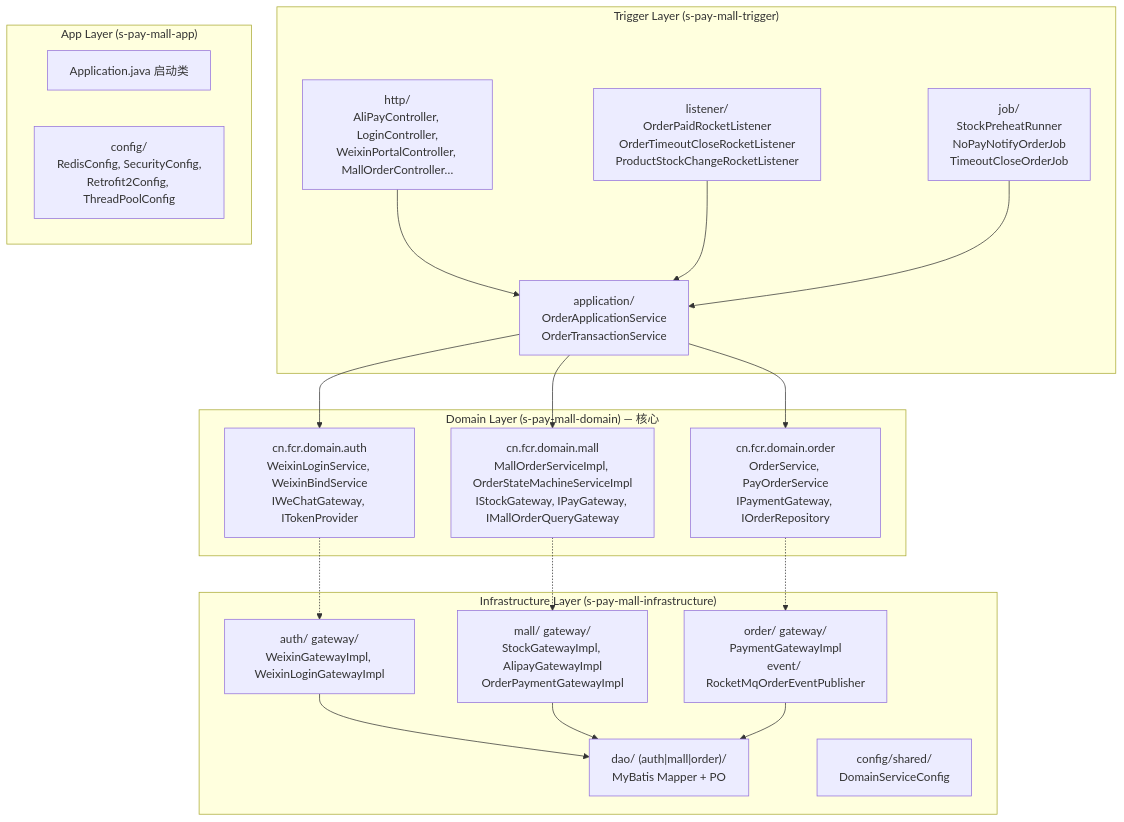
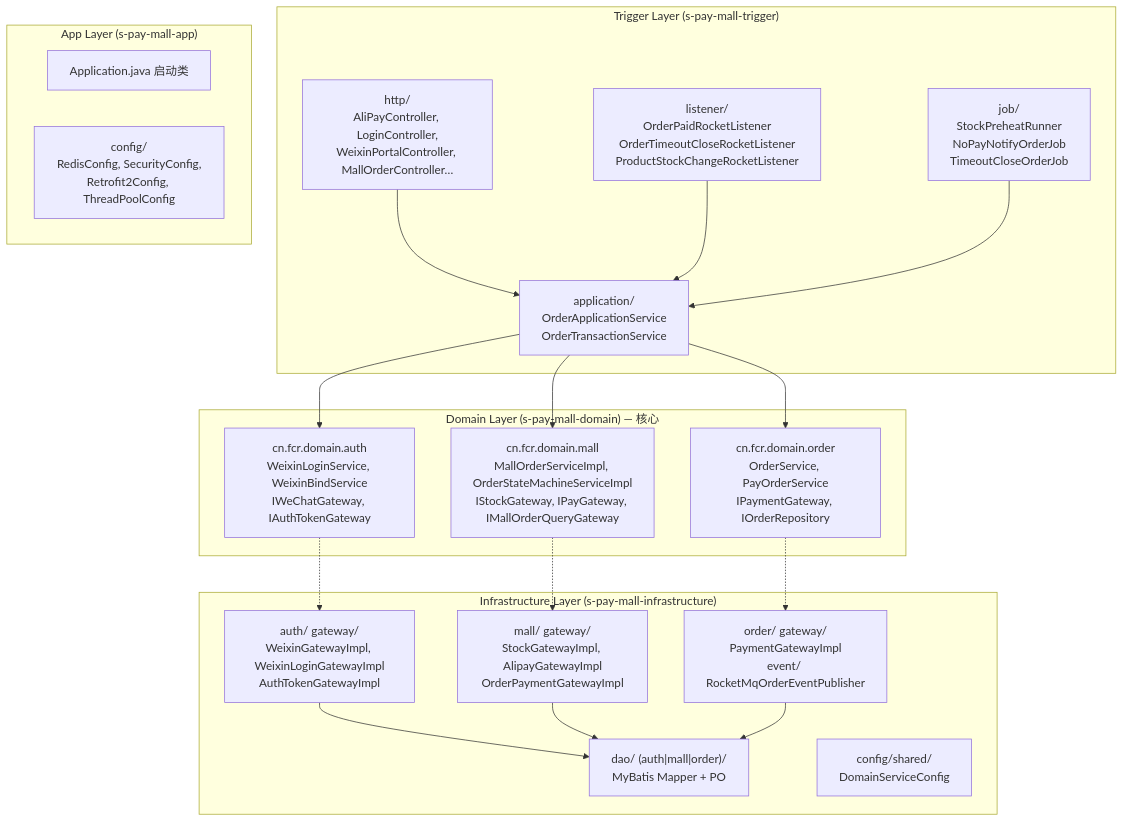
The first of 2 diagrams in docs/design/README.md (sxlva/s-pay-mall), drawn with Mermaid before and after one commit. The commit also changed 22 other files, not shown here.

````diff
--- a/docs/design/README.md
+++ b/docs/design/README.md
@@ -12,41 +12,41 @@
 ```mermaid
 flowchart TB
     subgraph Trigger["Trigger Layer (s-pay-mall-trigger)"]
         T1["http/<br/>AliPayController, LoginController,<br/>WeixinPortalController, MallOrderController…"]
         T2["listener/<br/>OrderPaidRocketListener<br/>OrderTimeoutCloseRocketListener<br/>ProductStockChangeRocketListener"]
         T3["job/<br/>StockPreheatRunner<br/>NoPayNotifyOrderJob<br/>TimeoutCloseOrderJob"]
         T4["application/<br/>OrderApplicationService<br/>OrderTransactionService"]
     end
 
     subgraph App["App Layer (s-pay-mall-app)"]
         A1["Application.java 启动类"]
         A2["config/<br/>RedisConfig, SecurityConfig,<br/>Retrofit2Config, ThreadPoolConfig"]
     end
 
     subgraph Domain["Domain Layer (s-pay-mall-domain) — 核心"]
-        D1["cn.fcr.domain.auth<br/>WeixinLoginService, WeixinBindService<br/>IWeChatGateway, ITokenProvider"]
+        D1["cn.fcr.domain.auth<br/>WeixinLoginService, WeixinBindService<br/>IWeChatGateway, IAuthTokenGateway"]
         D2["cn.fcr.domain.mall<br/>MallOrderServiceImpl, OrderStateMachineServiceImpl<br/>IStockGateway, IPayGateway, IMallOrderQueryGateway"]
         D3["cn.fcr.domain.order<br/>OrderService, PayOrderService<br/>IPaymentGateway, IOrderRepository"]
     end
 
     subgraph Infra["Infrastructure Layer (s-pay-mall-infrastructure)"]
-        I1["auth/ gateway/<br/>WeixinGatewayImpl, WeixinLoginGatewayImpl"]
+        I1["auth/ gateway/<br/>WeixinGatewayImpl, WeixinLoginGatewayImpl<br/>AuthTokenGatewayImpl"]
         I2["mall/ gateway/<br/>StockGatewayImpl, AlipayGatewayImpl<br/>OrderPaymentGatewayImpl"]
         I3["order/ gateway/<br/>PaymentGatewayImpl<br/>event/ RocketMqOrderEventPublisher"]
         I4["dao/ (auth|mall|order)/<br/>MyBatis Mapper + PO"]
         I5["config/shared/<br/>DomainServiceConfig"]
     end
 
     T1 --> T4
     T2 --> T4
     T3 --> T4
     T4 --> D1
     T4 --> D2
     T4 --> D3
     D1 -.-> I1
     D2 -.-> I2
     D3 -.-> I3
     I1 --> I4
     I2 --> I4
     I3 --> I4
 ```
````
